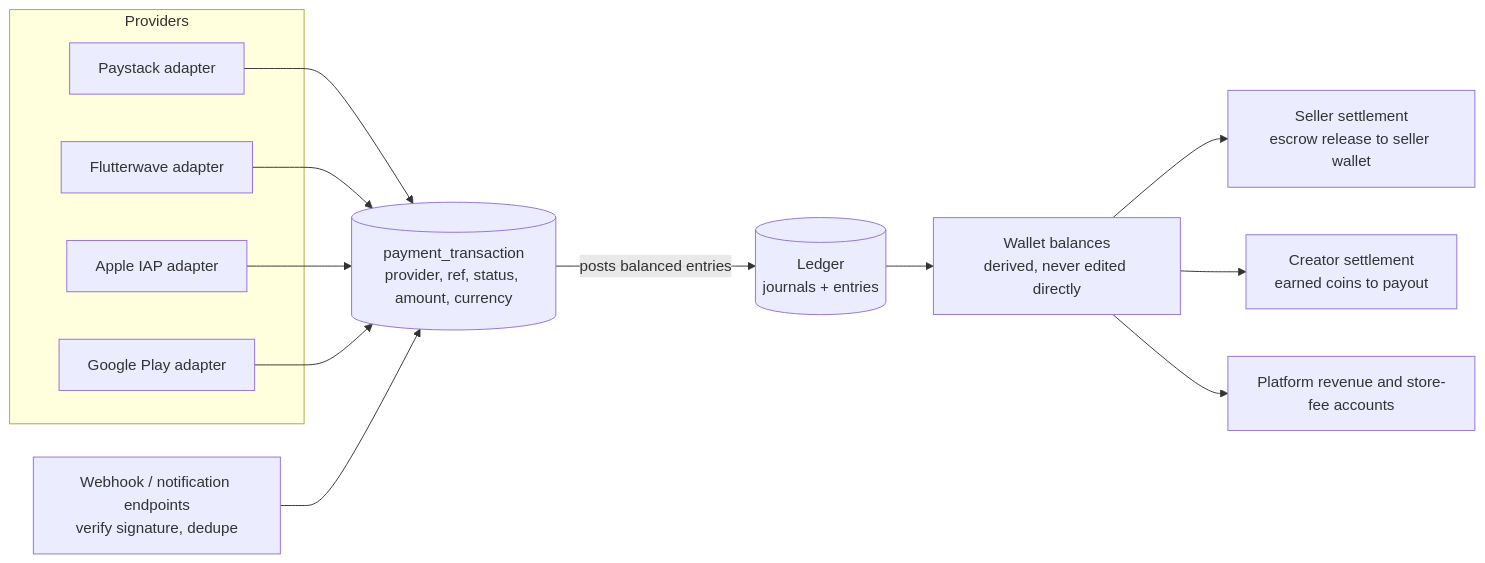
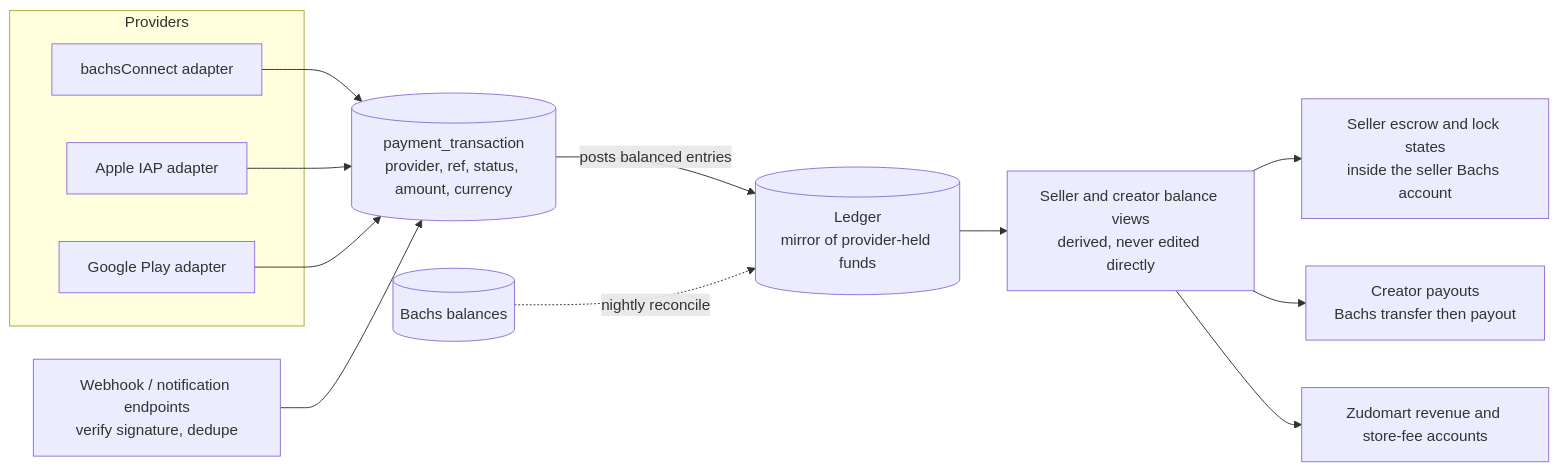
Before and after one commit to telente-technologies/nantty: the first of 7 diagrams in docs/architecture/payments.md, drawn with Mermaid. The commit also changed other lines of this file and 3 other files, not shown here.

Commit message:
docs(docs): update architecture docs

````diff
--- a/docs/architecture/payments.md
+++ b/docs/architecture/payments.md
@@ -52,19 +54,18 @@
 ```mermaid
 flowchart LR
   subgraph Providers
-    PS[Paystack adapter]
-    FW[Flutterwave adapter]
+    BC[bachsConnect adapter]
     AP[Apple IAP adapter]
     GP[Google Play adapter]
   end
-  PS --> PT[(payment_transaction<br/>provider, ref, status, amount, currency)]
-  FW --> PT
+  BC --> PT[(payment_transaction<br/>provider, ref, status, amount, currency)]
   AP --> PT
   GP --> PT
   WH[Webhook / notification endpoints<br/>verify signature, dedupe] --> PT
-  PT -->|"posts balanced entries"| LG[(Ledger<br/>journals + entries)]
-  LG --> W[Wallet balances<br/>derived, never edited directly]
-  W --> SS[Seller settlement<br/>escrow release to seller wallet]
-  W --> CS[Creator settlement<br/>earned coins to payout]
-  W --> PL[Platform revenue and store-fee accounts]
+  PT -->|"posts balanced entries"| LG[(Ledger<br/>mirror of provider-held funds)]
+  LG --> W[Seller and creator balance views<br/>derived, never edited directly]
+  W --> SS[Seller escrow and lock states<br/>inside the seller Bachs account]
+  W --> CS[Creator payouts<br/>Bachs transfer then payout]
+  W --> PL[Zudomart revenue and store-fee accounts]
+  BB[(Bachs balances)] -.->|nightly reconcile| LG
 ```
````
